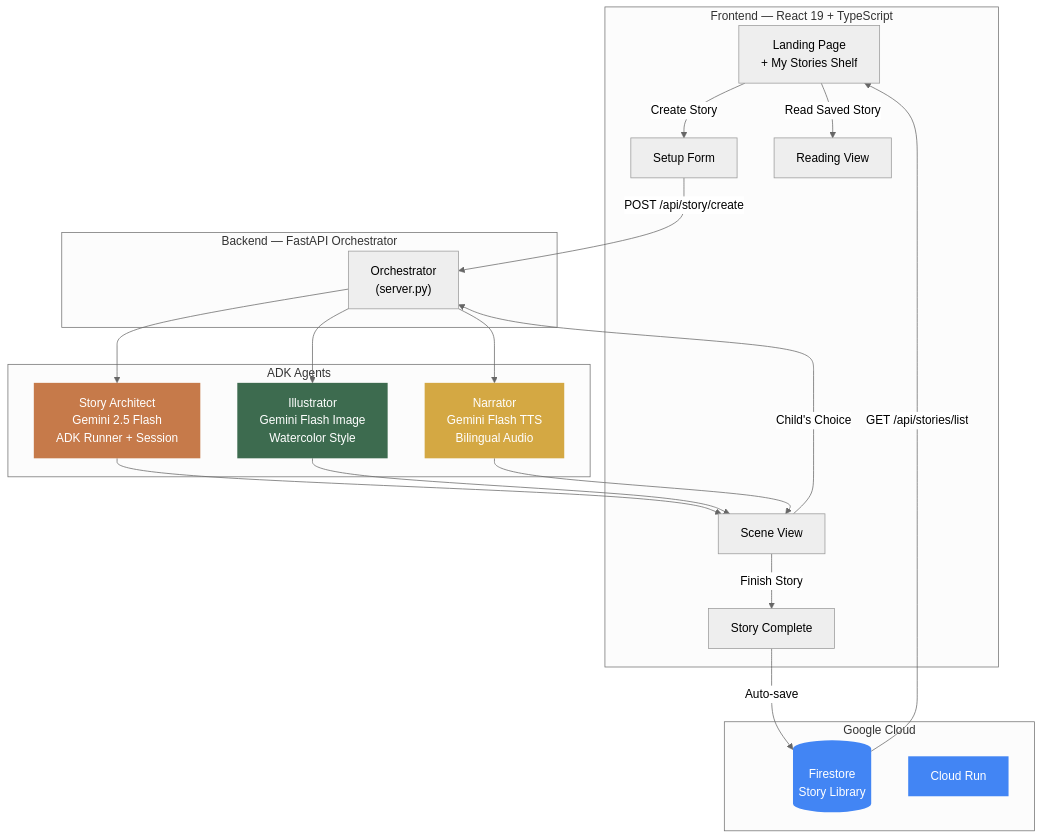
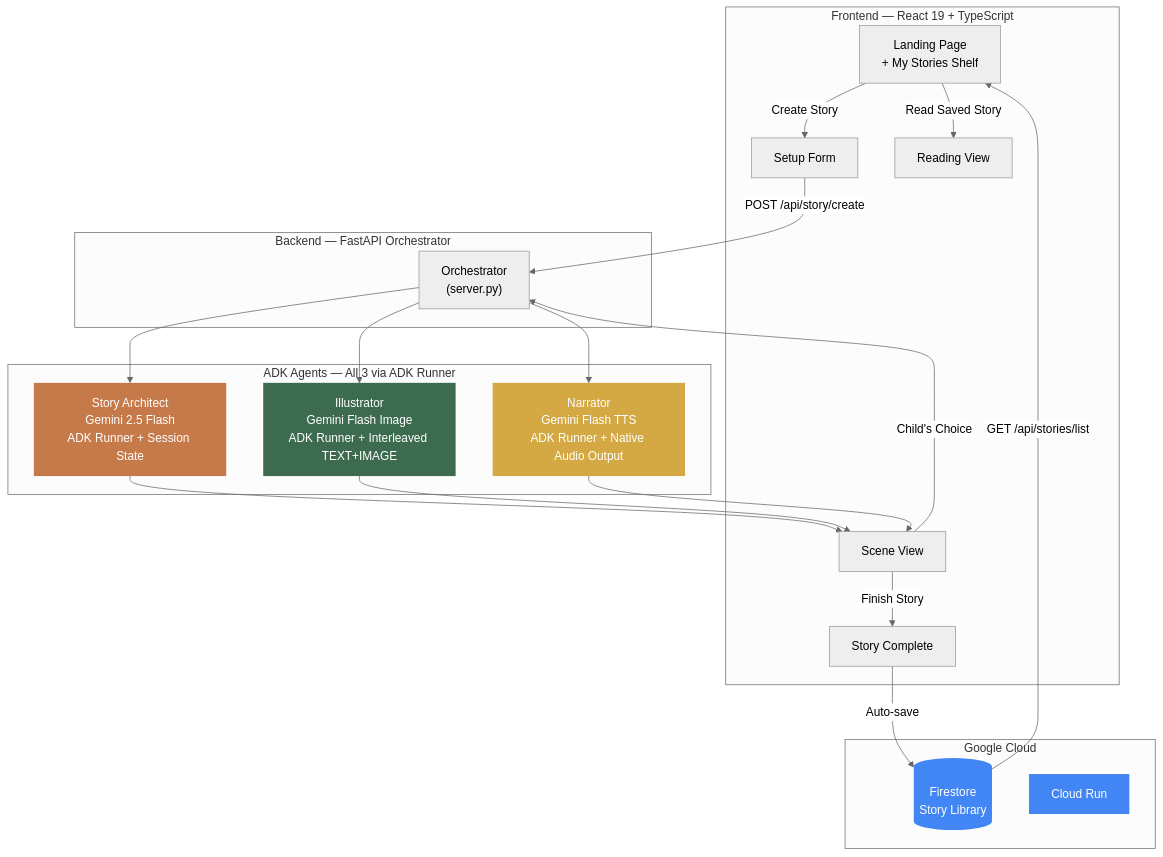
One commit to soneeee22000/storybridge changed the second of 4 diagrams in README.md. Above: the diagram before and after it, drawn with Mermaid (neutral theme). The commit also changed other lines of this file and 8 other files, not shown here.

First line of the commit message:
feat: all 3 agents through ADK Runner, voice input, updated assessments

````diff
--- a/README.md
+++ b/README.md
@@ -85,45 +86,45 @@
 ```mermaid
 flowchart TB
     subgraph Frontend["Frontend — React 19 + TypeScript"]
         LP["Landing Page\n+ My Stories Shelf"]
         SF[Setup Form]
         SV[Scene View]
         SC[Story Complete]
         RV[Reading View]
     end
 
     subgraph Backend["Backend — FastAPI Orchestrator"]
         ORCH["Orchestrator\n(server.py)"]
     end
 
-    subgraph Agents["ADK Agents"]
-        SA["Story Architect\nGemini 2.5 Flash\nADK Runner + Session"]
-        IL["Illustrator\nGemini Flash Image\nWatercolor Style"]
-        NA["Narrator\nGemini Flash TTS\nBilingual Audio"]
+    subgraph Agents["ADK Agents — All 3 via ADK Runner"]
+        SA["Story Architect\nGemini 2.5 Flash\nADK Runner + Session State"]
+        IL["Illustrator\nGemini Flash Image\nADK Runner + Interleaved TEXT+IMAGE"]
+        NA["Narrator\nGemini Flash TTS\nADK Runner + Native Audio Output"]
     end
 
     subgraph Storage["Google Cloud"]
         FS[("Firestore\nStory Library")]
         CR["Cloud Run"]
     end
 
     LP -->|"Create Story"| SF
     SF -->|"POST /api/story/create"| ORCH
     ORCH --> SA
     ORCH --> IL
     ORCH --> NA
     SA --> SV
     IL --> SV
     NA --> SV
     SV -->|"Child's Choice"| ORCH
     SV -->|"Finish Story"| SC
     SC -->|"Auto-save"| FS
     LP -->|"Read Saved Story"| RV
     FS -->|"GET /api/stories/list"| LP
 
     style SA fill:#c67a4a,color:#fff,stroke:none
     style IL fill:#3d6b4f,color:#fff,stroke:none
     style NA fill:#d4a843,color:#fff,stroke:none
     style FS fill:#4285f4,color:#fff,stroke:none
     style CR fill:#4285f4,color:#fff,stroke:none
 ```
````
